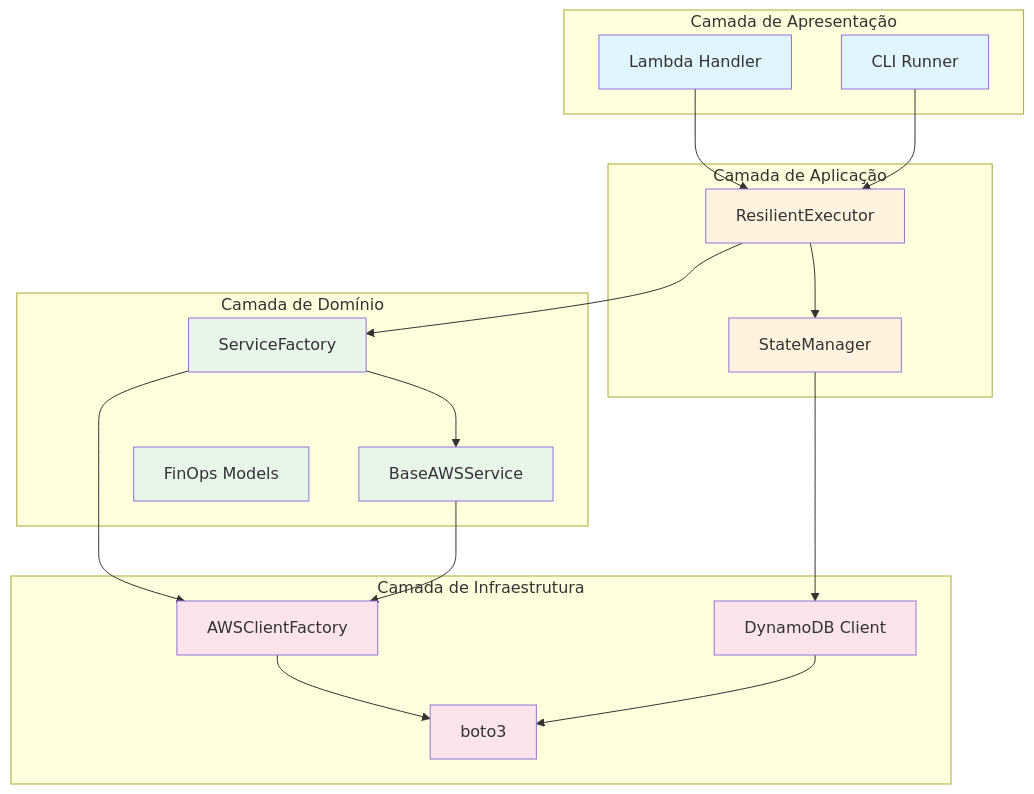
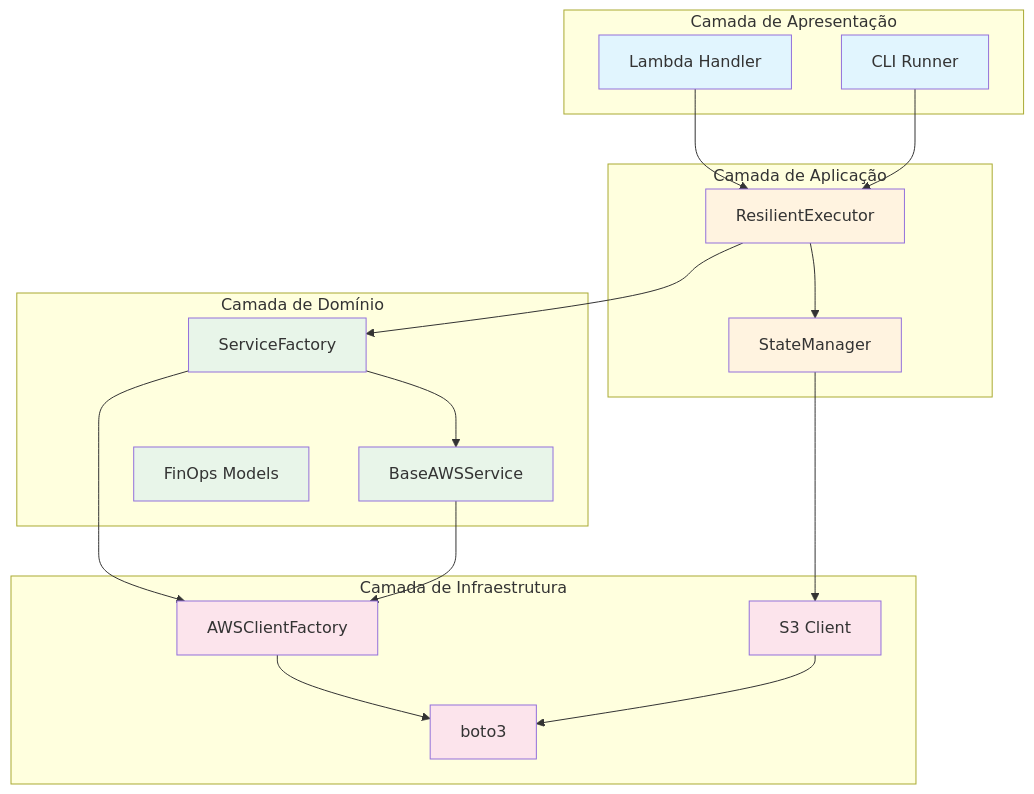
The fourth of 15 diagrams in docs/TECHNICAL_GUIDE.md (FELIPEACASTRO/finops-aws-bdr), drawn with Mermaid before and after one commit. The commit also changed other lines of this file and 4 other files, not shown here.

````diff
--- a/docs/TECHNICAL_GUIDE.md
+++ b/docs/TECHNICAL_GUIDE.md
@@ -213,46 +212,46 @@
 ```mermaid
 graph TD
     subgraph "Camada de Apresentação"
         A[Lambda Handler]
         B[CLI Runner]
     end
     
     subgraph "Camada de Aplicação"
         C[ResilientExecutor]
         D[StateManager]
     end
     
     subgraph "Camada de Domínio"
         E[ServiceFactory]
         F[BaseAWSService]
         G[FinOps Models]
     end
     
     subgraph "Camada de Infraestrutura"
         H[AWSClientFactory]
-        I[DynamoDB Client]
+        I[S3 Client]
         J[boto3]
     end
     
     A --> C
     B --> C
     C --> D
     C --> E
     D --> I
     E --> F
     E --> H
     F --> H
     H --> J
     I --> J
     
     style A fill:#e1f5fe
     style B fill:#e1f5fe
     style C fill:#fff3e0
     style D fill:#fff3e0
     style E fill:#e8f5e9
     style F fill:#e8f5e9
     style G fill:#e8f5e9
     style H fill:#fce4ec
     style I fill:#fce4ec
     style J fill:#fce4ec
 ```
````
